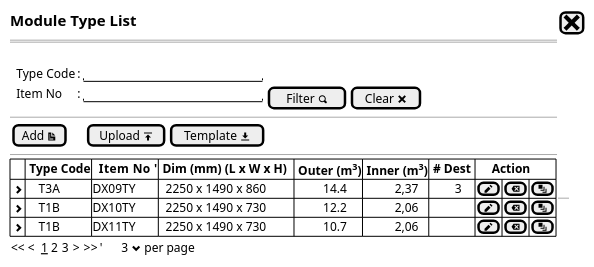
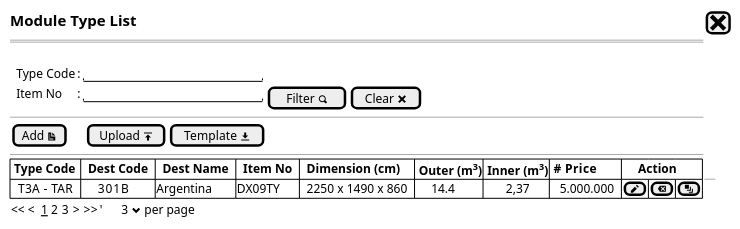
Before and after one commit to ari-fikri/packing-cost-mockup: the diagram in Module Type/module type - list step0a.puml, drawn with PlantUML. The commit also changed 4 other files, not shown here.

Commit message:
- menambahkan kolom Dest CD, Dest NM & Price - Takeout chevron & expand - Takeout Add Destination

```diff
--- a/Module Type/module type - list step0a.puml
+++ b/Module Type/module type - list step0a.puml
@@ -1,27 +1,26 @@
 @startsalt
 {
   <size:15><b>Module Type List|[<size:25><&x>]|*
   ==
   .
   {
       .|Type Code    |: |"                      "|*
       .|Item No      |: |"                      "| [Filter <&magnifying-glass>]| [Clear <&x>]| *      
 
   }
   --
   {
   [Add <&document>]|.|.|.|[Upload <&data-transfer-upload>]| [Template <&data-transfer-download>]|*
   }
   --
-  {#
-  |                . |<b> Type Code  |<b>  Item No  '|<b> Dim (mm) (L x W x H)  |<b> Outer (m<sup>3</sup>) |<b> Inner (m<sup>3</sup>)    | <b># Dest |<b>     Action |*|*|*
-  | <&chevron-right> |    T3A        | DX09TY        |  2250 x 1490 x 860       |          14.4            |           2,37              |        3  |[<&pencil>]|[<&delete>]|[<&layers>]|*
-  | <&chevron-right> |    T1B        | DX10TY        |  2250 x 1490 x 730       |          12.2            |           2,06              |         . |[<&pencil>]|[<&delete>]|[<&layers>]|*
-  | <&chevron-right> |    T1B        | DX11TY        |  2250 x 1490 x 730       |          10.7            |           2,06              |         . |[<&pencil>]|[<&delete>]|[<&layers>]|*
-  }             |
+   {#
+  |<b> Type Code |<b>  Dest Code  |<b>  Dest Name  |<b>  Item No  | <b> Dimension (cm)  |<b> Outer (m<sup>3</sup>) |<b> Inner (m<sup>3</sup>) | <b>#  Price  |<b>     Action |*|*|*
+  |  T3A - TAR   |       301B     |     Argentina  | DX09TY       |  2250 x 1490 x 860  |      14.4                |        2,37              |   5.000.000  |[<&pencil>]|[<&delete>]|[<&layers>]|*
+
+  } 
   --
   {
   << <  __1__ 2 3  > >>  |'      3 <&chevron-bottom> per page |*
   }
 }
 @endsalt
```
